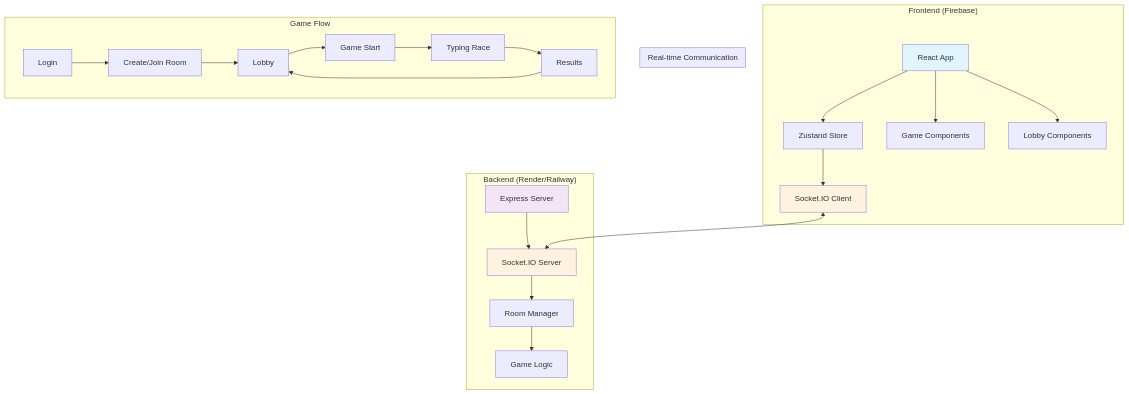
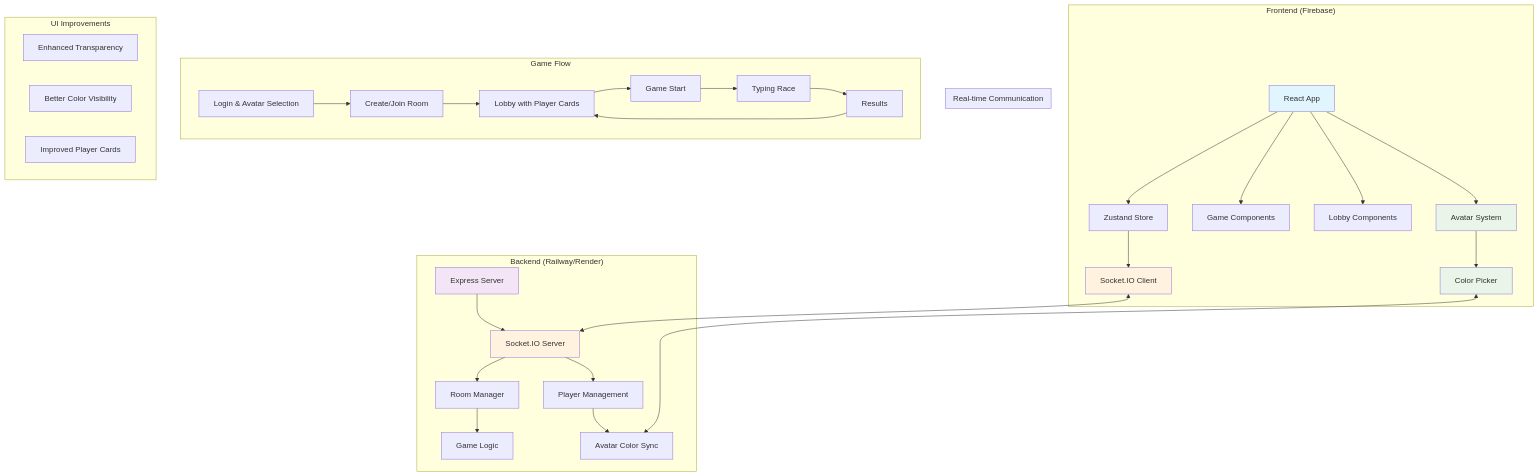
The diagram in capytype/README.md (souzabruno01/CapyType-Race), drawn with Mermaid before and after one commit. The commit also changed other lines of this file and 5 other files, not shown here.

First line of the commit message:
UI improvements: Reduced transparency for better visibility

````diff
--- a/capytype/README.md
+++ b/capytype/README.md
@@ -26,33 +27,46 @@
 ```mermaid
 graph TB
     subgraph "Frontend (Firebase)"
         A[React App] --> B[Zustand Store]
         B --> C[Socket.IO Client]
         A --> D[Game Components]
         A --> E[Lobby Components]
+        A --> F[Avatar System]
+        F --> G[Color Picker]
     end
     
-    subgraph "Backend (Render/Railway)"
-        F[Express Server] --> G[Socket.IO Server]
-        G --> H[Room Manager]
-        H --> I[Game Logic]
+    subgraph "Backend (Railway/Render)"
+        H[Express Server] --> I[Socket.IO Server]
+        I --> J[Room Manager]
+        J --> K[Game Logic]
+        I --> L[Player Management]
+        L --> M[Avatar Color Sync]
     end
     
     subgraph "Real-time Communication"
-        C <--> G
+        C <--> I
+        G <--> M
     end
     
     subgraph "Game Flow"
-        J[Login] --> K[Create/Join Room]
-        K --> L[Lobby]
-        L --> M[Game Start]
-        M --> N[Typing Race]
-        N --> O[Results]
-        O --> L
+        N[Login & Avatar Selection] --> O[Create/Join Room]
+        O --> P[Lobby with Player Cards]
+        P --> Q[Game Start]
+        Q --> R[Typing Race]
+        R --> S[Results]
+        S --> P
+    end
+    
+    subgraph "UI Improvements"
+        T[Enhanced Transparency]
+        U[Better Color Visibility]
+        V[Improved Player Cards]
     end
     
     style A fill:#e1f5fe
-    style F fill:#f3e5f5
+    style H fill:#f3e5f5
     style C fill:#fff3e0
-    style G fill:#fff3e0
+    style I fill:#fff3e0
+    style F fill:#e8f5e8
+    style G fill:#e8f5e8
 ```
````
